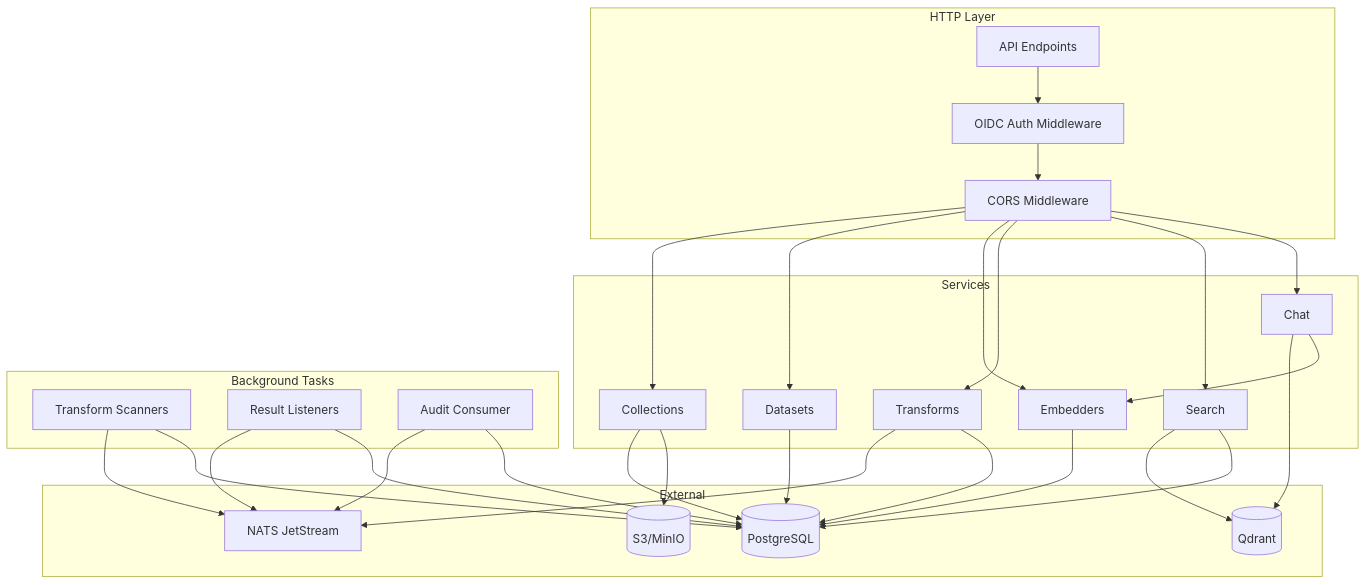
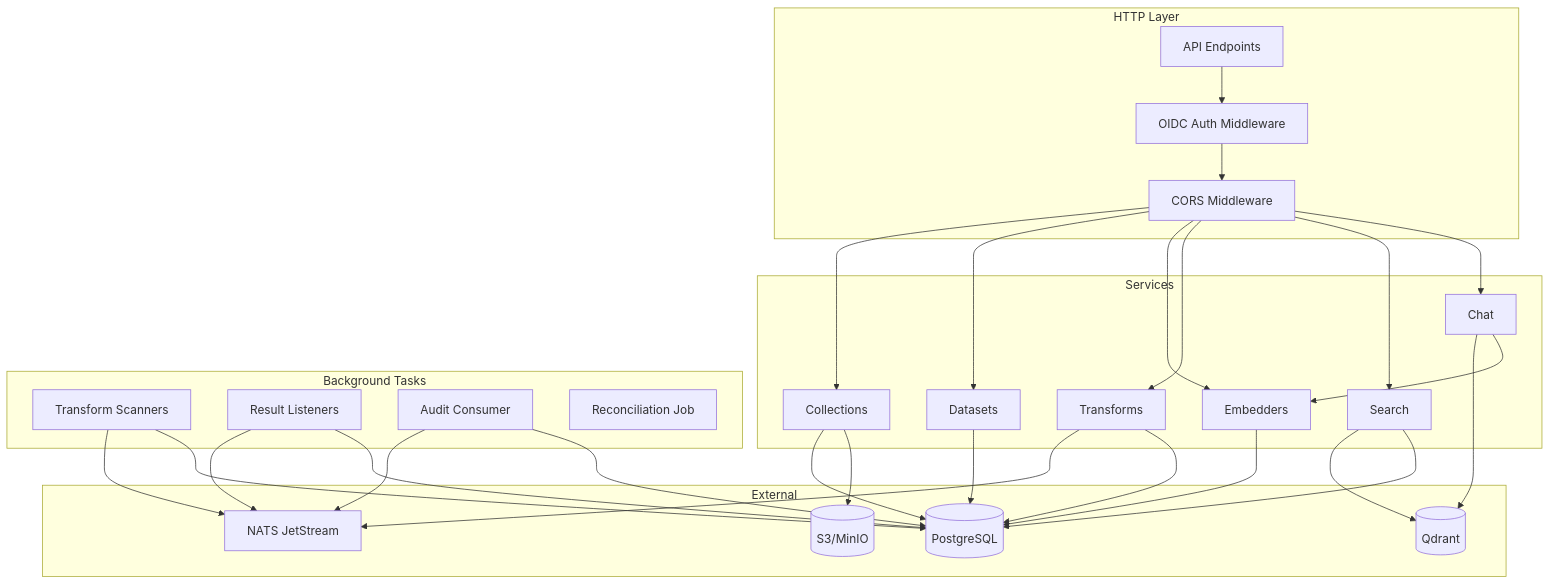
The diagram in crates/api/README.md (FishySoftware/semantic-explorer), drawn with Mermaid before and after one commit. The commit also changed other lines of this file and 35 other files, not shown here.

````diff
--- a/crates/api/README.md
+++ b/crates/api/README.md
@@ -27,44 +28,45 @@
 ```mermaid
 graph TD
     subgraph "HTTP Layer"
         API[API Endpoints]
         AUTH[OIDC Auth Middleware]
         CORS[CORS Middleware]
     end
 
     subgraph "Services"
         COLL[Collections]
         DS[Datasets]
         EMB[Embedders]
         TRANS[Transforms]
         SEARCH[Search]
         CHAT[Chat]
     end
 
     subgraph "Background Tasks"
         SCANNER[Transform Scanners]
         LISTENER[Result Listeners]
         AUDIT[Audit Consumer]
+        RECON[Reconciliation Job]
     end
 
     subgraph "External"
         PG[(PostgreSQL)]
         NATS[NATS JetStream]
         QD[(Qdrant)]
         S3[(S3/MinIO)]
     end
 
     API --> AUTH --> CORS
     CORS --> COLL & DS & EMB & TRANS & SEARCH & CHAT
 
     COLL --> PG & S3
     DS --> PG
     EMB --> PG
     TRANS --> NATS & PG
     SEARCH --> QD & PG
     CHAT --> QD & EMB
 
     SCANNER --> NATS & PG
     LISTENER --> NATS & PG
     AUDIT --> NATS & PG
 ```
````
